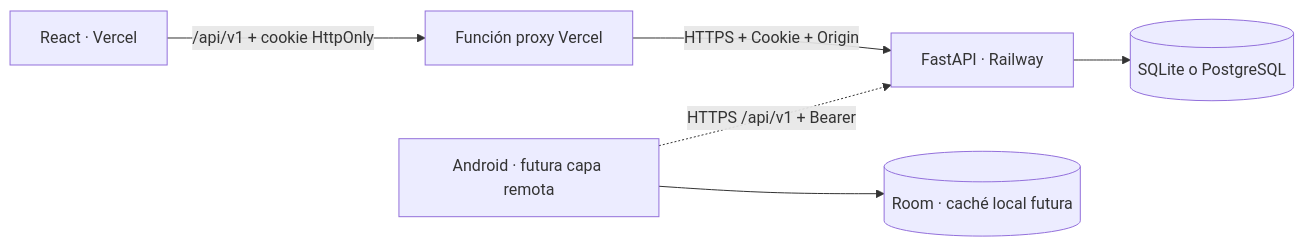
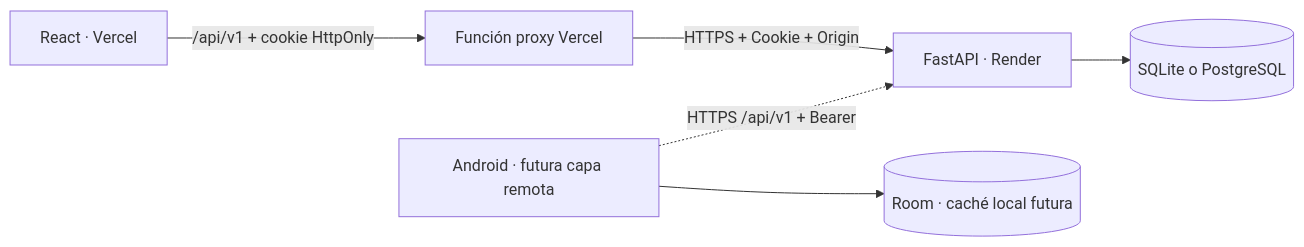
One commit to Erickelrojo-22/campus-quest-admin changed the diagram in docs/ARCHITECTURE.md. Above: the diagram before and after it, drawn with Mermaid. The commit also changed other lines of this file and 8 other files, not shown here.

````diff
--- a/docs/ARCHITECTURE.md
+++ b/docs/ARCHITECTURE.md
@@ -5,8 +5,8 @@
 ```mermaid
 flowchart LR
     WEB[React · Vercel] -->|/api/v1 + cookie HttpOnly| PROXY[Función proxy Vercel]
-    PROXY -->|HTTPS + Cookie + Origin| API[FastAPI · Railway]
+    PROXY -->|HTTPS + Cookie + Origin| API[FastAPI · Render]
     ANDROID[Android · futura capa remota] -.->|HTTPS /api/v1 + Bearer| API
     API --> SQL[(SQLite o PostgreSQL)]
     ANDROID --> ROOM[(Room · caché local futura)]
 ```
````
